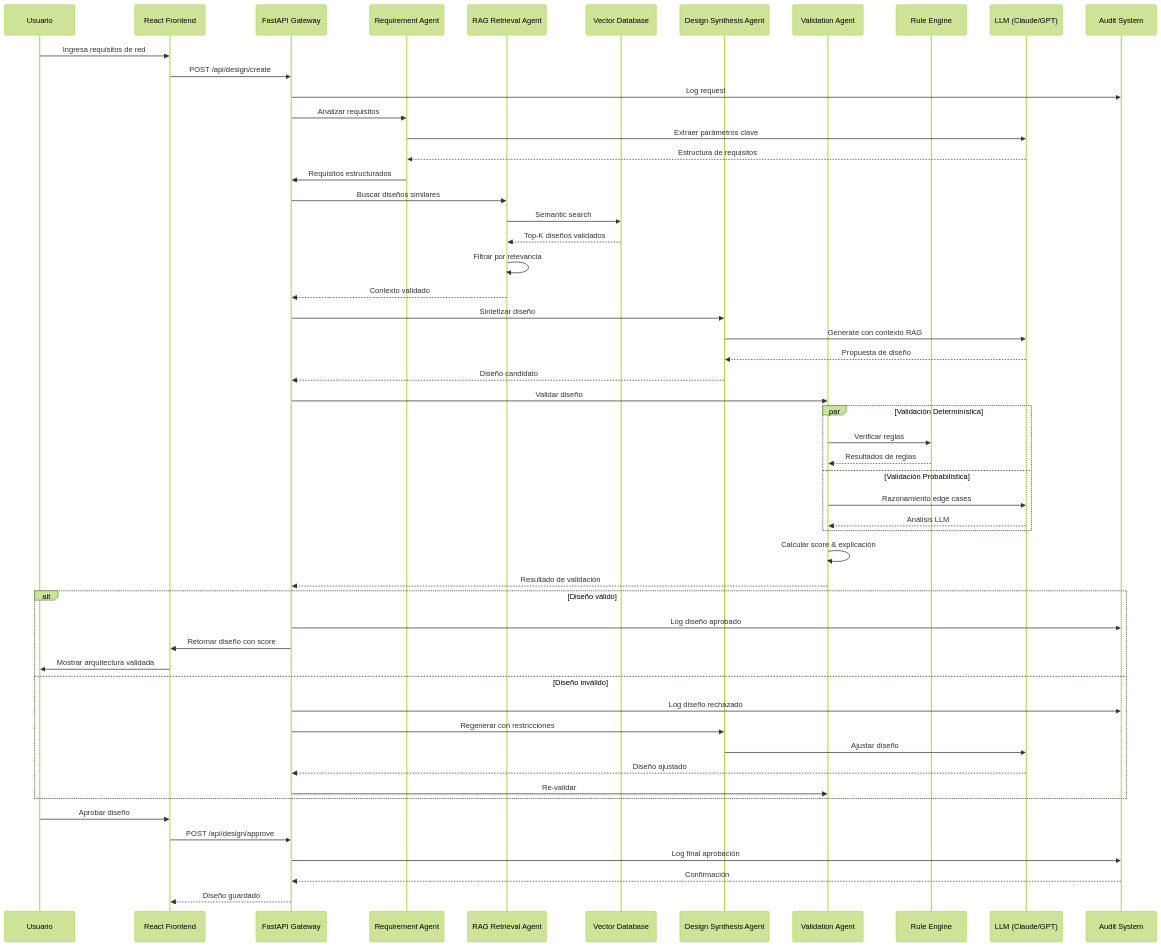
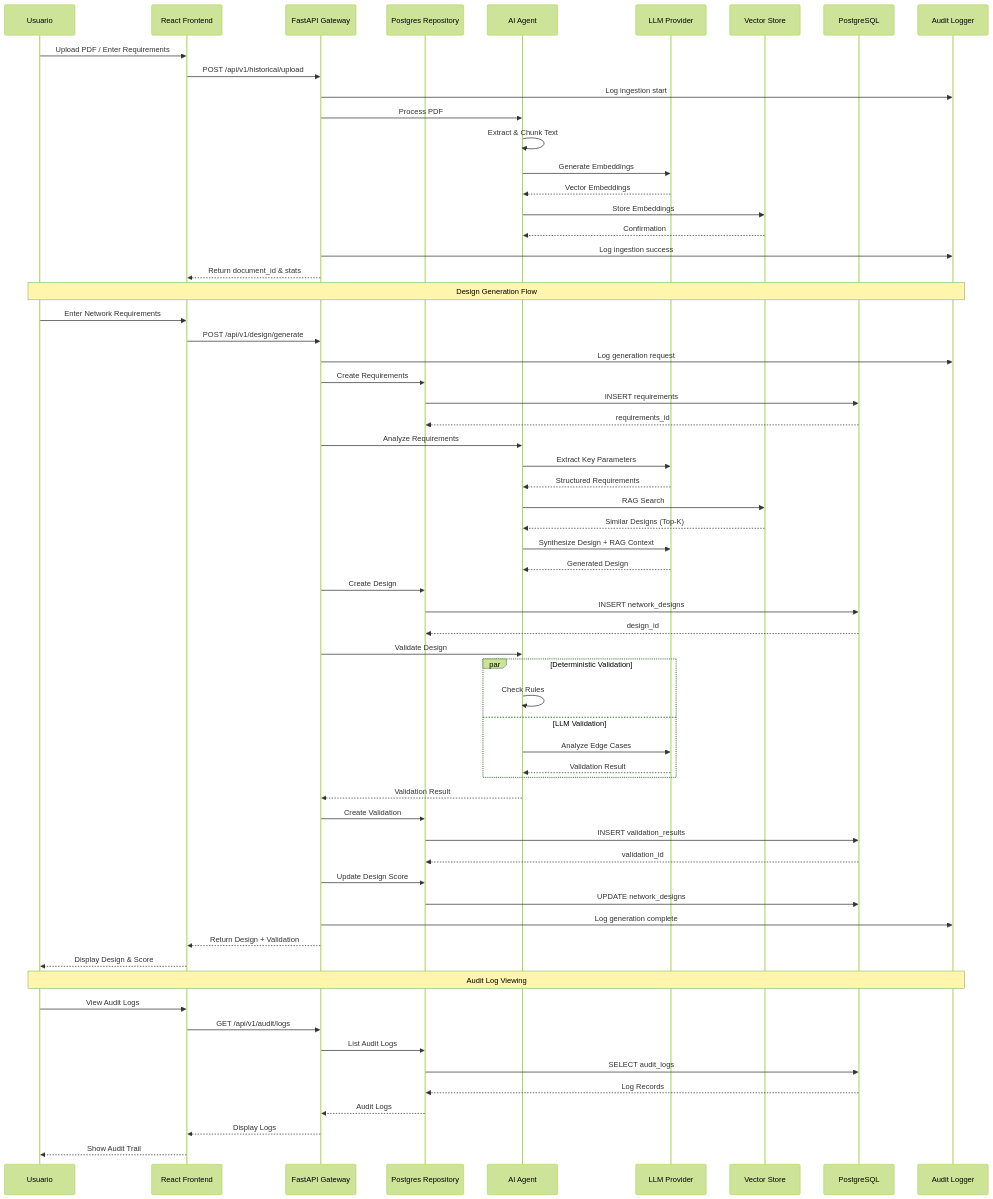
Before and after one commit to rjamoriz/Generative-AI-Network-Architecture-Design-System: the third of 8 diagrams in README.md, drawn with Mermaid (forest theme). The commit also changed other lines of this file and 1 other file, not shown here.

First line of the commit message:
docs: Enhance README with comprehensive Mermaid diagrams and D3.js visualizations

````diff
--- a/README.md
+++ b/README.md
@@ -258,63 +330,81 @@
     participant User as Usuario
     participant UI as React Frontend
     participant API as FastAPI Gateway
-    participant ReqAgent as Requirement Agent
-    participant RAG as RAG Retrieval Agent
-    participant VectorDB as Vector Database
-    participant DesignAgent as Design Synthesis Agent
-    participant ValAgent as Validation Agent
-    participant RuleEngine as Rule Engine
-    participant LLM as LLM (Claude/GPT)
-    participant AuditLog as Audit System
-    
-    User->>UI: Ingresa requisitos de red
-    UI->>API: POST /api/design/create
-    API->>AuditLog: Log request
-    API->>ReqAgent: Analizar requisitos
-    
-    ReqAgent->>LLM: Extraer parámetros clave
-    LLM-->>ReqAgent: Estructura de requisitos
-    ReqAgent->>API: Requisitos estructurados
-    
-    API->>RAG: Buscar diseños similares
-    RAG->>VectorDB: Semantic search
-    VectorDB-->>RAG: Top-K diseños validados
-    RAG->>RAG: Filtrar por relevancia
-    RAG-->>API: Contexto validado
-    
-    API->>DesignAgent: Sintetizar diseño
-    DesignAgent->>LLM: Generate con contexto RAG
-    LLM-->>DesignAgent: Propuesta de diseño
-    DesignAgent-->>API: Diseño candidato
-    
-    API->>ValAgent: Validar diseño
-    
-    par Validación Determinística
-        ValAgent->>RuleEngine: Verificar reglas
-        RuleEngine-->>ValAgent: Resultados de reglas
-    and Validación Probabilística
-        ValAgent->>LLM: Razonamiento edge cases
-        LLM-->>ValAgent: Análisis LLM
+    participant Repo as Postgres Repository
+    participant Agent as AI Agent
+    participant LLM as LLM Provider
+    participant VectorDB as Vector Store
+    participant PG as PostgreSQL
+    participant Audit as Audit Logger
+
+    User->>UI: Upload PDF / Enter Requirements
+    UI->>API: POST /api/v1/historical/upload
+    API->>Audit: Log ingestion start
+
+    API->>Agent: Process PDF
+    Agent->>Agent: Extract & Chunk Text
+    Agent->>LLM: Generate Embeddings
+    LLM-->>Agent: Vector Embeddings
+    Agent->>VectorDB: Store Embeddings
+    VectorDB-->>Agent: Confirmation
+
+    API->>Audit: Log ingestion success
+    API-->>UI: Return document_id & stats
+
+    Note over User,Audit: Design Generation Flow
+
+    User->>UI: Enter Network Requirements
+    UI->>API: POST /api/v1/design/generate
+    API->>Audit: Log generation request
+
+    API->>Repo: Create Requirements
+    Repo->>PG: INSERT requirements
+    PG-->>Repo: requirements_id
+
+    API->>Agent: Analyze Requirements
+    Agent->>LLM: Extract Key Parameters
+    LLM-->>Agent: Structured Requirements
+
+    Agent->>VectorDB: RAG Search
+    VectorDB-->>Agent: Similar Designs (Top-K)
+
+    Agent->>LLM: Synthesize Design + RAG Context
+    LLM-->>Agent: Generated Design
+
+    API->>Repo: Create Design
+    Repo->>PG: INSERT network_designs
+    PG-->>Repo: design_id
+
+    API->>Agent: Validate Design
+
+    par Deterministic Validation
+        Agent->>Agent: Check Rules
+    and LLM Validation
+        Agent->>LLM: Analyze Edge Cases
+        LLM-->>Agent: Validation Result
     end
-    
-    ValAgent->>ValAgent: Calcular score & explicación
-    ValAgent-->>API: Resultado de validación
-    
-    alt Diseño válido
-        API->>AuditLog: Log diseño aprobado
-        API->>UI: Retornar diseño con score
-        UI->>User: Mostrar arquitectura validada
-    else Diseño inválido
-        API->>AuditLog: Log diseño rechazado
-        API->>DesignAgent: Regenerar con restricciones
-        DesignAgent->>LLM: Ajustar diseño
-        LLM-->>API: Diseño ajustado
-        API->>ValAgent: Re-validar
-    end
-    
-    User->>UI: Aprobar diseño
-    UI->>API: POST /api/design/approve
-    API->>AuditLog: Log final aprobación
-    AuditLog-->>API: Confirmación
-    API-->>UI: Diseño guardado
+
+    Agent-->>API: Validation Result
+
+    API->>Repo: Create Validation
+    Repo->>PG: INSERT validation_results
+    PG-->>Repo: validation_id
+
+    API->>Repo: Update Design Score
+    Repo->>PG: UPDATE network_designs
+
+    API->>Audit: Log generation complete
+    API-->>UI: Return Design + Validation
+    UI-->>User: Display Design & Score
+
+    Note over User,Audit: Audit Log Viewing
+
+    User->>UI: View Audit Logs
+    UI->>API: GET /api/v1/audit/logs
+    API->>Repo: List Audit Logs
+    Repo->>PG: SELECT audit_logs
+    PG-->>Repo: Log Records
+    Repo-->>API: Audit Logs
+    API-->>UI: Display Logs
+    UI-->>User: Show Audit Trail
 ```
````
